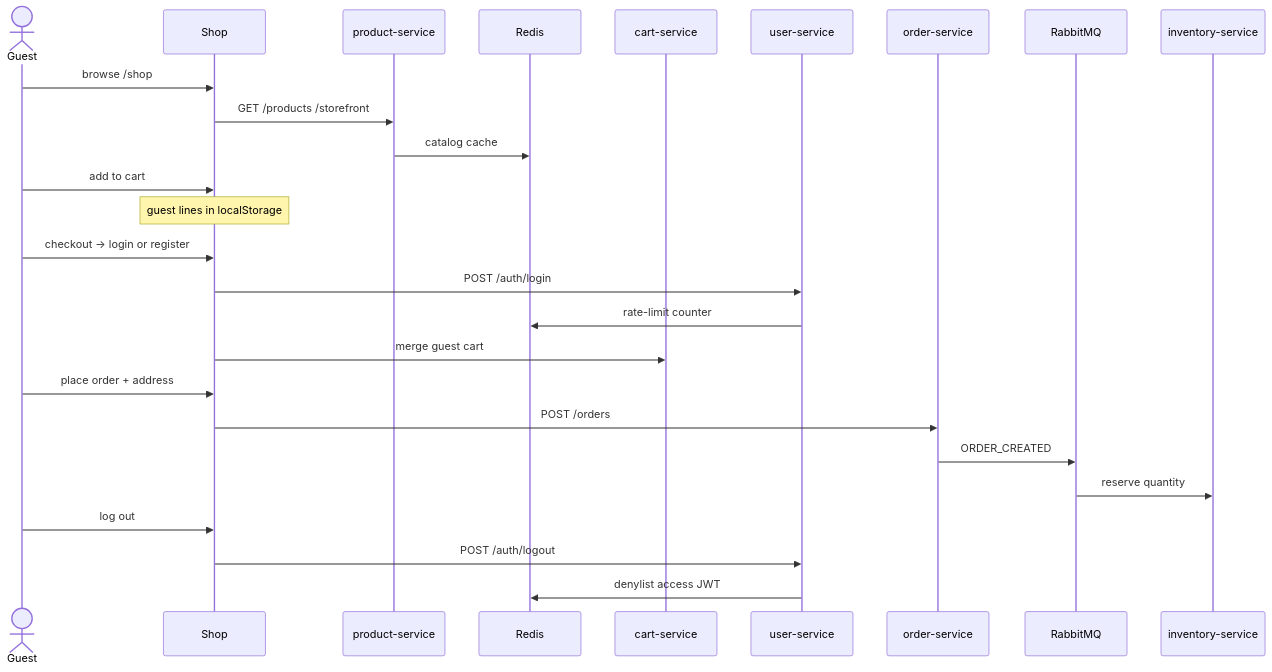
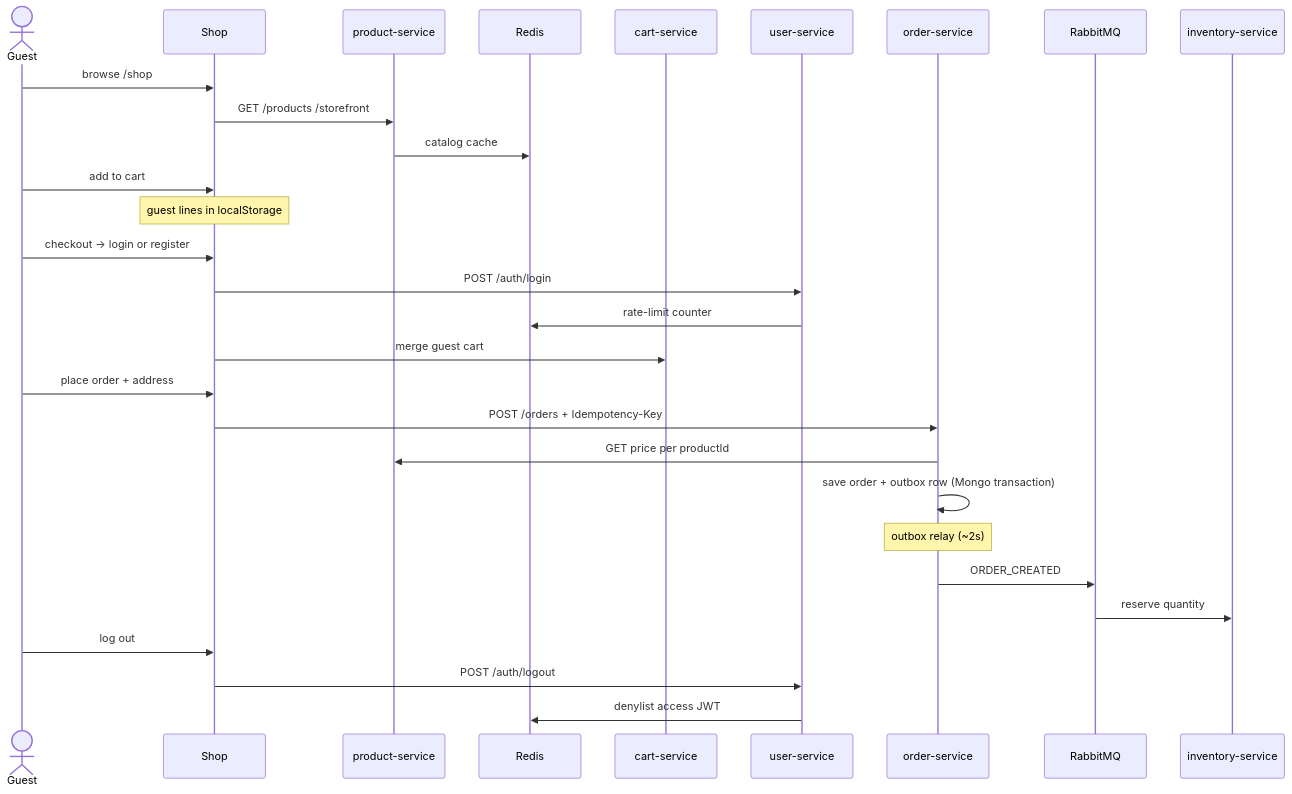
One commit to dipunjan/core-platform changed the second of 2 diagrams in docs/architecture.md. Above: the diagram before and after it, drawn with Mermaid. The commit also changed other lines of this file and 85 other files, not shown here.

````diff
--- a/docs/architecture.md
+++ b/docs/architecture.md
@@ -59,29 +76,32 @@
 ```mermaid
 sequenceDiagram
   actor Guest
   participant Shop
   participant Product as product-service
   participant Redis
   participant CartAPI as cart-service
   participant User as user-service
   participant Order as order-service
   participant Rabbit as RabbitMQ
   participant Stock as inventory-service
 
   Guest->>Shop: browse /shop
   Shop->>Product: GET /products /storefront
   Product->>Redis: catalog cache
   Guest->>Shop: add to cart
   Note over Shop: guest lines in localStorage
   Guest->>Shop: checkout → login or register
   Shop->>User: POST /auth/login
   User->>Redis: rate-limit counter
   Shop->>CartAPI: merge guest cart
   Guest->>Shop: place order + address
-  Shop->>Order: POST /orders
+  Shop->>Order: POST /orders + Idempotency-Key
+  Order->>Product: GET price per productId
+  Order->>Order: save order + outbox row (Mongo transaction)
+  Note over Order: outbox relay (~2s)
   Order->>Rabbit: ORDER_CREATED
   Rabbit->>Stock: reserve quantity
   Guest->>Shop: log out
   Shop->>User: POST /auth/logout
   User->>Redis: denylist access JWT
 ```
````
